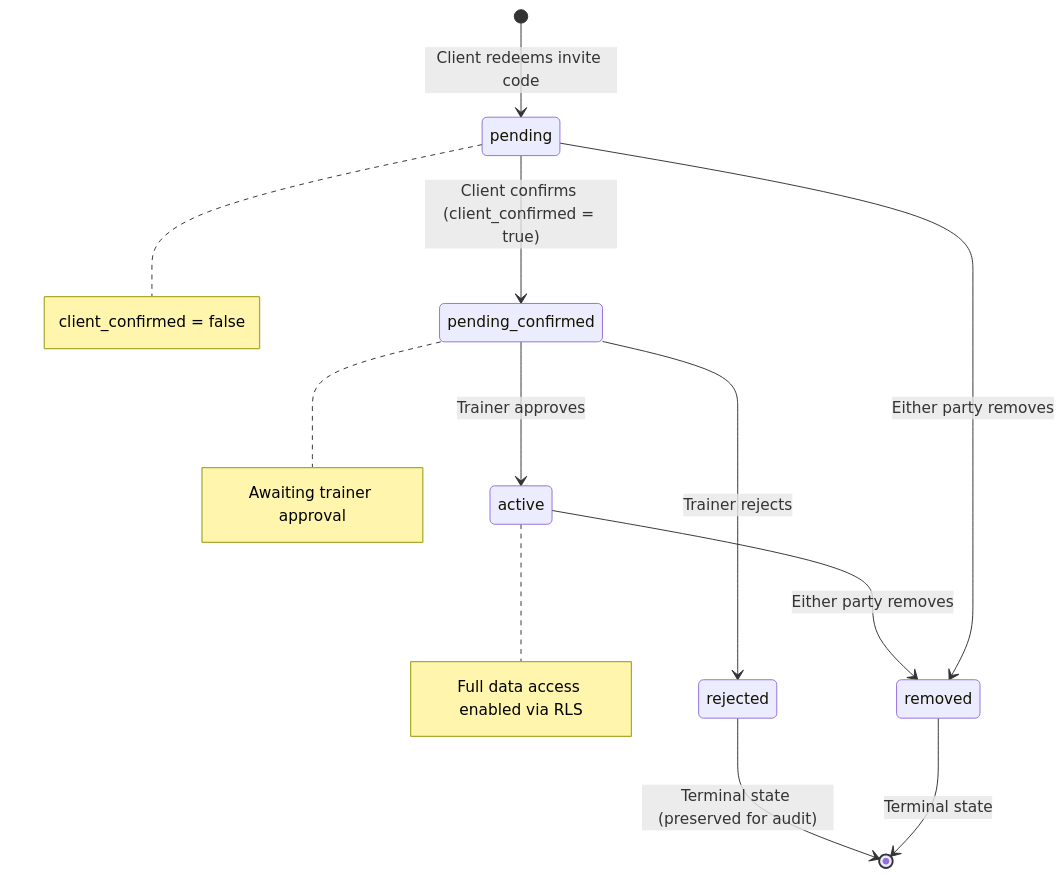
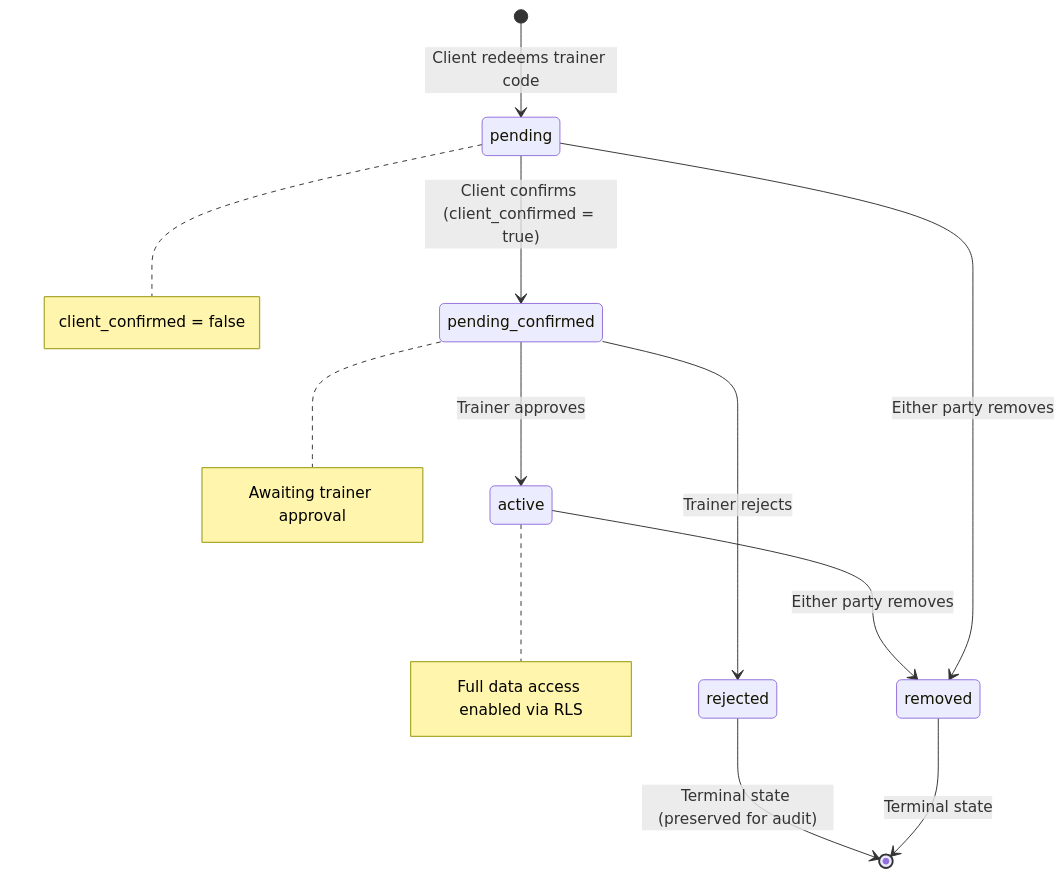
The second of 2 diagrams in Documentation/supabase-rpc-reference.md (2Bros1Mission/GymApp), drawn with Mermaid before and after one commit. The commit also changed other lines of this file and 6 other files, not shown here.

````diff
--- a/Documentation/supabase-rpc-reference.md
+++ b/Documentation/supabase-rpc-reference.md
@@ -230,15 +397,15 @@
 ```mermaid
 stateDiagram-v2
-    [*] --> pending: Client redeems invite code
+    [*] --> pending: Client redeems trainer code
     pending --> pending_confirmed: Client confirms (client_confirmed = true)
     pending_confirmed --> active: Trainer approves
     pending_confirmed --> rejected: Trainer rejects
     active --> removed: Either party removes
     pending --> removed: Either party removes
     rejected --> [*]: Terminal state (preserved for audit)
     removed --> [*]: Terminal state
 
     note right of pending: client_confirmed = false
     note right of pending_confirmed: Awaiting trainer approval
     note right of active: Full data access enabled via RLS
 ```
````
